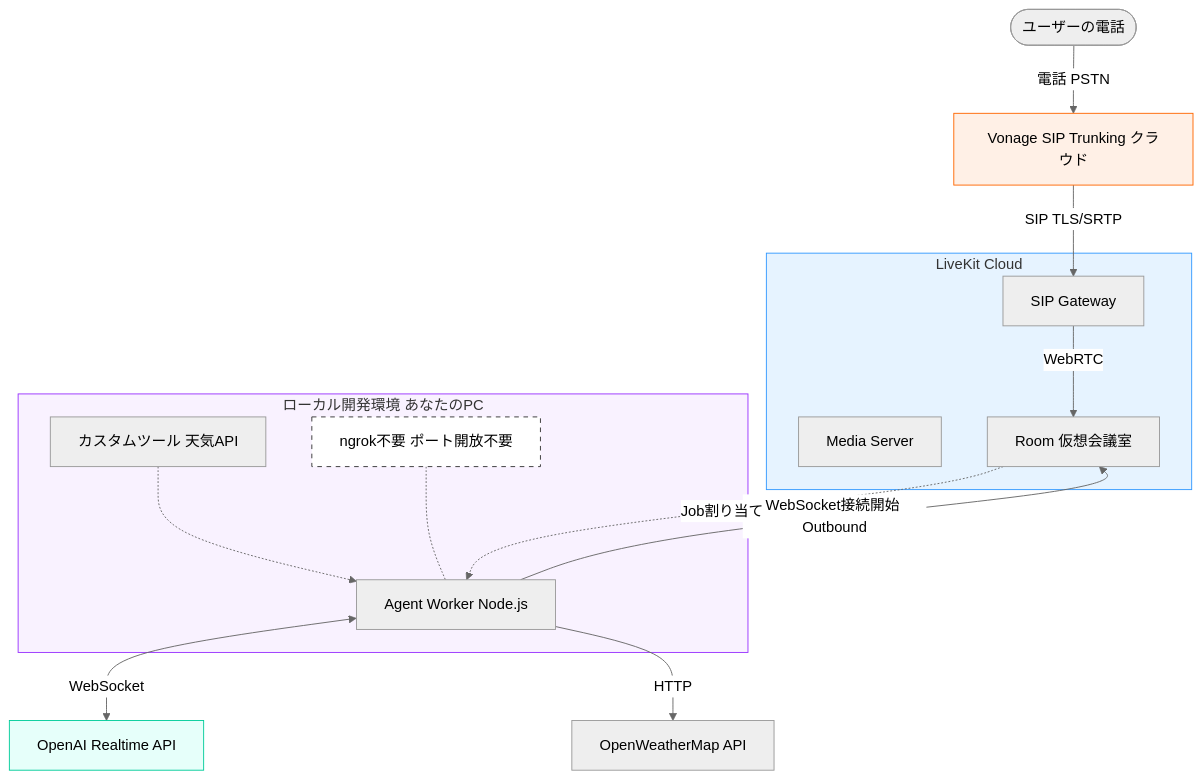
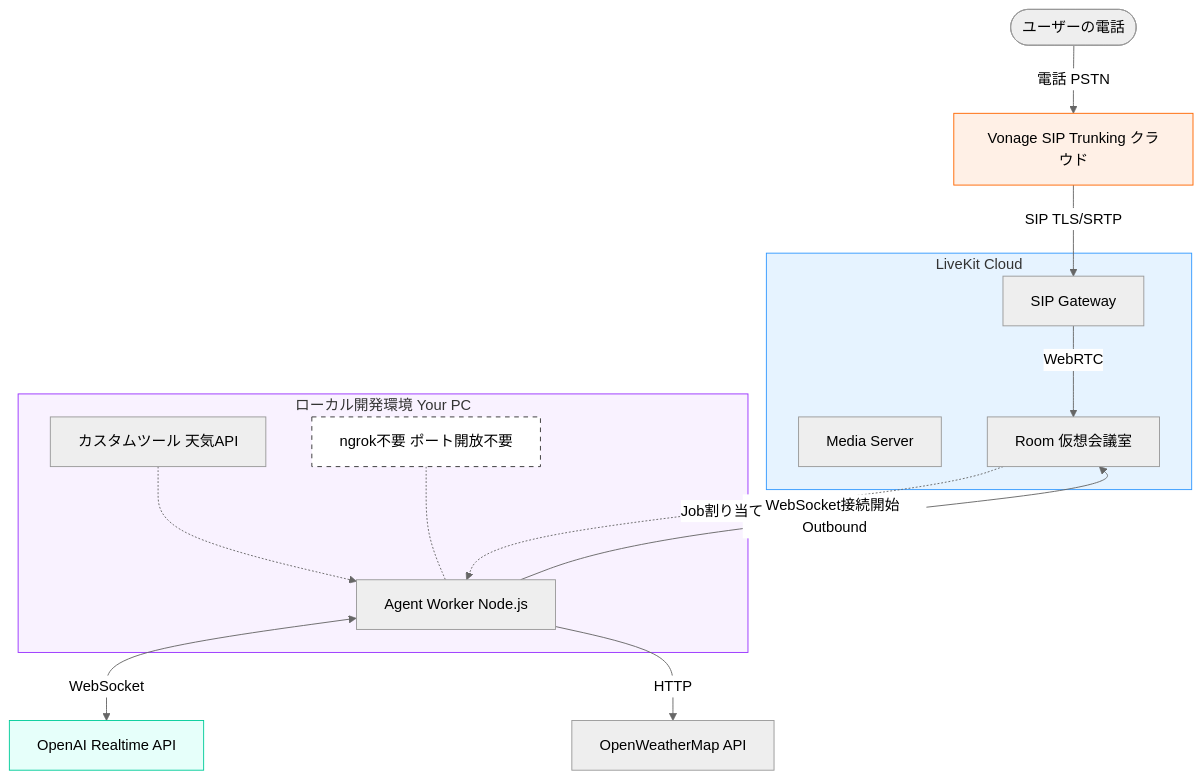
Before and after one commit to mobilebiz/live-kit-agents: the diagram in README.md, drawn with Mermaid (neutral theme).

Commit message:
README.meを更新

````diff
--- a/README.md
+++ b/README.md
@@ -17,39 +17,39 @@
 ```mermaid
 flowchart TD
     User([ユーザーの電話])
     Vonage[Vonage SIP Trunking クラウド]
     
     subgraph LiveKit_Cloud [LiveKit Cloud]
         SIP_Gateway[SIP Gateway]
         Media_Server[Media Server]
         Room[Room 仮想会議室]
     end
     
-    subgraph Local_Env [ローカル開発環境 あなたのPC]
+    subgraph Local_Env [ローカル開発環境 Your PC]
         Agent[Agent Worker Node.js]
         Tools[カスタムツール 天気API]
         Note[ngrok不要 ポート開放不要]
     end
     
     OpenAI[OpenAI Realtime API]
     WeatherAPI[OpenWeatherMap API]
 
     User -->|電話 PSTN| Vonage
     Vonage -->|SIP TLS/SRTP| SIP_Gateway
     SIP_Gateway -->|WebRTC| Room
     
     Agent -->|WebSocket接続開始 Outbound| Room
     Room -.->|Job割り当て| Agent
 
     Agent <-->|WebSocket| OpenAI
     Agent -->|HTTP| WeatherAPI
     Tools -.-> Agent
     
     Note -.- Agent
 
     style LiveKit_Cloud fill:#e6f3ff,stroke:#3399ff
     style Local_Env fill:#f9f2ff,stroke:#9933ff
     style Vonage fill:#fff0e6,stroke:#ff6600
     style OpenAI fill:#e6fffa,stroke:#00cc99
     style Note fill:#fff,stroke:#333,stroke-dasharray: 5 5
 ```
````
